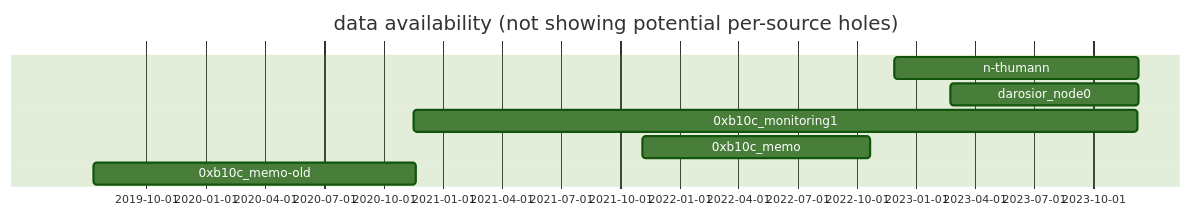
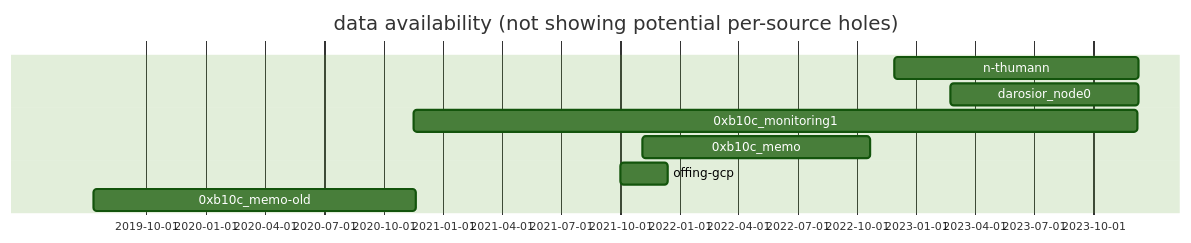
One commit to bitcoin-data/block-arrival-times changed the diagram in README.md. Above: the diagram before and after it, drawn with Mermaid (forest theme). The commit also changed 1 other file, not shown here.

Commit message:
add: 10927 timestamps

````diff
--- a/README.md
+++ b/README.md
@@ -51,13 +51,14 @@
 ```mermaid
 gantt
 dateFormat x
 title data availability (not showing potential per-source holes)
 todayMarker off
 
 n-thumann: 1669583939000, 1702072477000
 darosior_node0: 1676970378000, 1702022714000
 0xb10c_monitoring1: 1605513978094, 1701968604513
 0xb10c_memo: 1635945250000, 1666268995000
+offing-gcp: 1633117022000, 1639414560000
 0xb10c_memo-old: 1562848974000, 1605772694000
 
 ```
````
